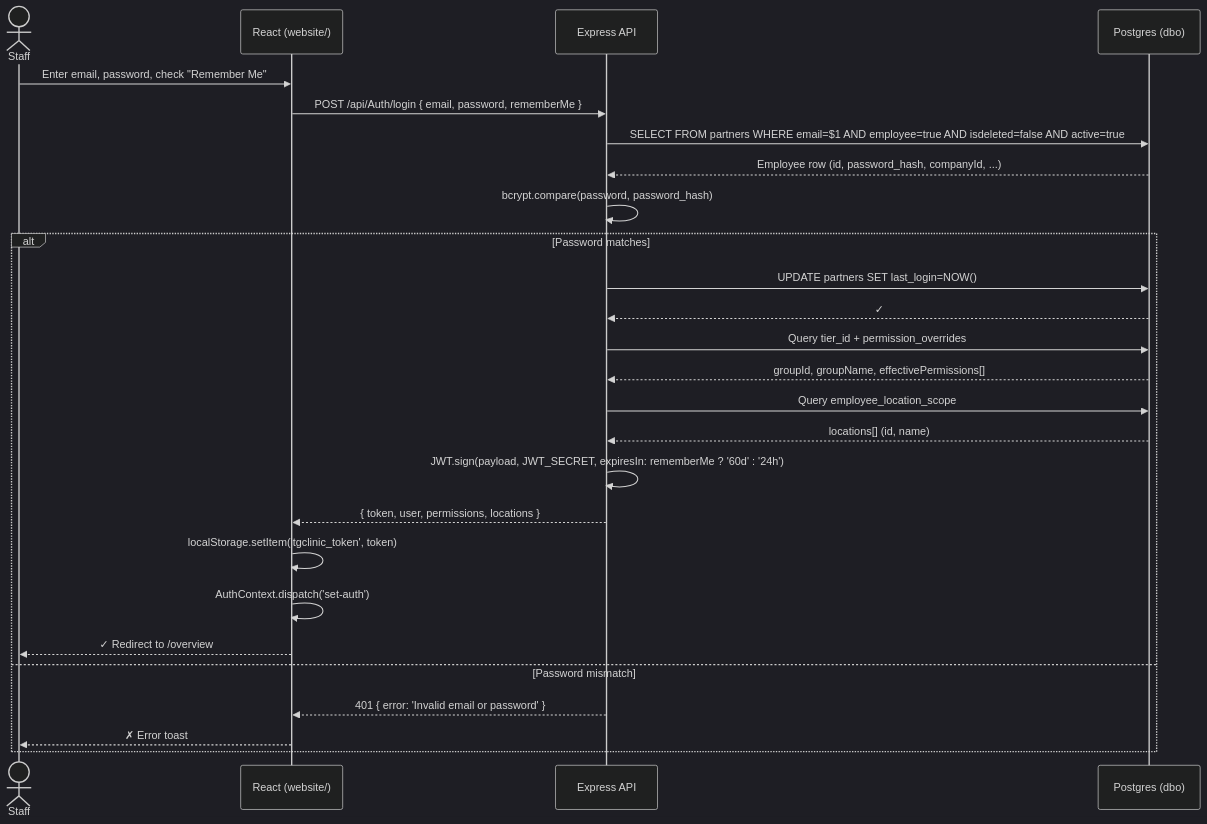
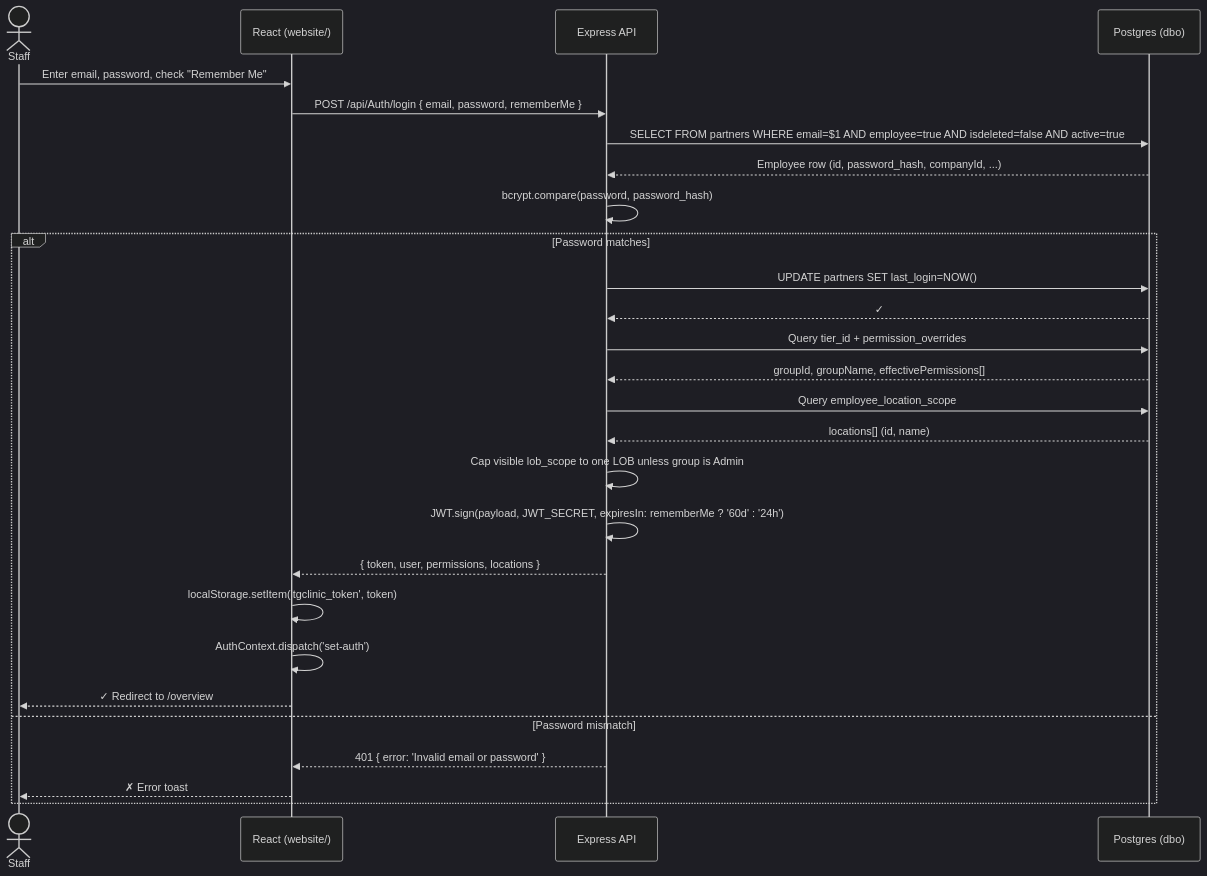
The first of 10 diagrams in docs/WORKFLOWS.md (niiiusburo/Tgroup), drawn with Mermaid (dark theme) before and after one commit. The commit also changed other lines of this file and 131 other files, not shown here.

````diff
--- a/docs/WORKFLOWS.md
+++ b/docs/WORKFLOWS.md
@@ -12,29 +12,30 @@
 ```mermaid
 sequenceDiagram
     actor U as Staff
     participant FE as React (website/)
     participant API as Express API
     participant DB as Postgres (dbo)
     
     U->>FE: Enter email, password, check "Remember Me"
     FE->>API: POST /api/Auth/login { email, password, rememberMe }
     API->>DB: SELECT FROM partners WHERE email=$1 AND employee=true AND isdeleted=false AND active=true
     DB-->>API: Employee row (id, password_hash, companyId, ...)
     API->>API: bcrypt.compare(password, password_hash)
     alt Password matches
         API->>DB: UPDATE partners SET last_login=NOW()
         DB-->>API: ✓
         API->>DB: Query tier_id + permission_overrides
         DB-->>API: groupId, groupName, effectivePermissions[]
         API->>DB: Query employee_location_scope
         DB-->>API: locations[] (id, name)
+        API->>API: Cap visible lob_scope to one LOB unless group is Admin
         API->>API: JWT.sign(payload, JWT_SECRET, expiresIn: rememberMe ? '60d' : '24h')
         API-->>FE: { token, user, permissions, locations }
         FE->>FE: localStorage.setItem('tgclinic_token', token)
         FE->>FE: AuthContext.dispatch('set-auth')
         FE-->>U: ✓ Redirect to /overview
     else Password mismatch
         API-->>FE: 401 { error: 'Invalid email or password' }
         FE-->>U: ✗ Error toast
     end
 ```
````
